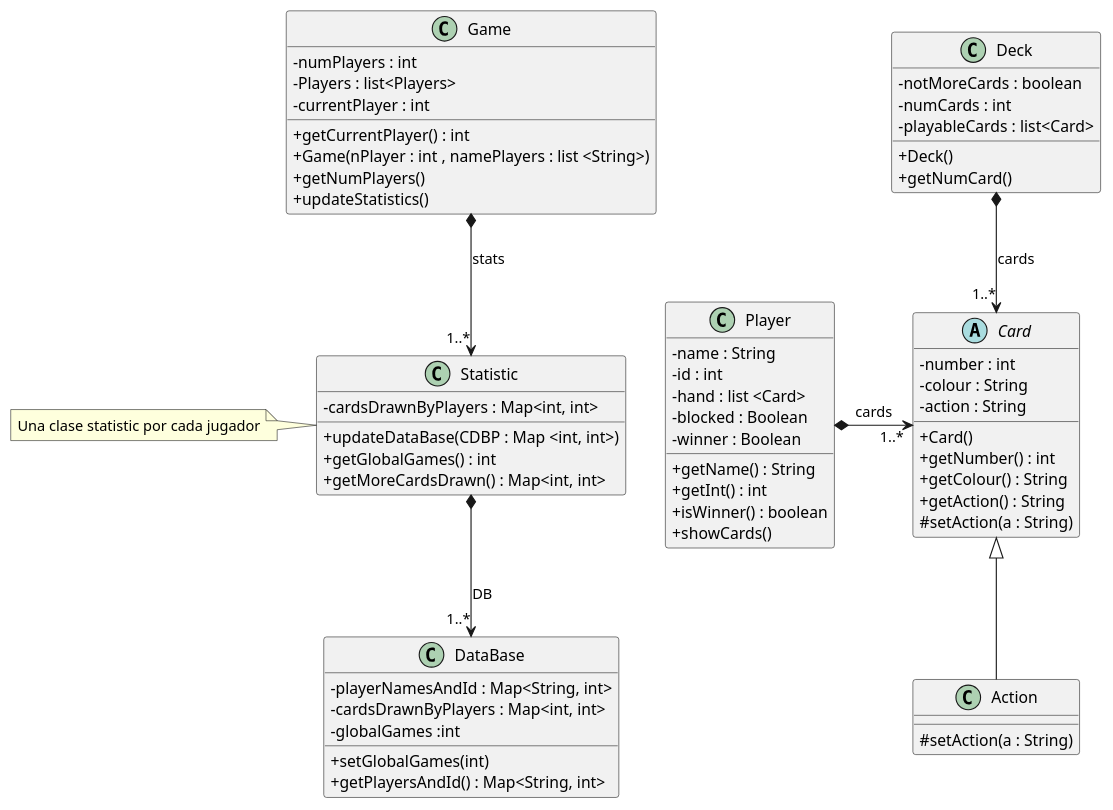
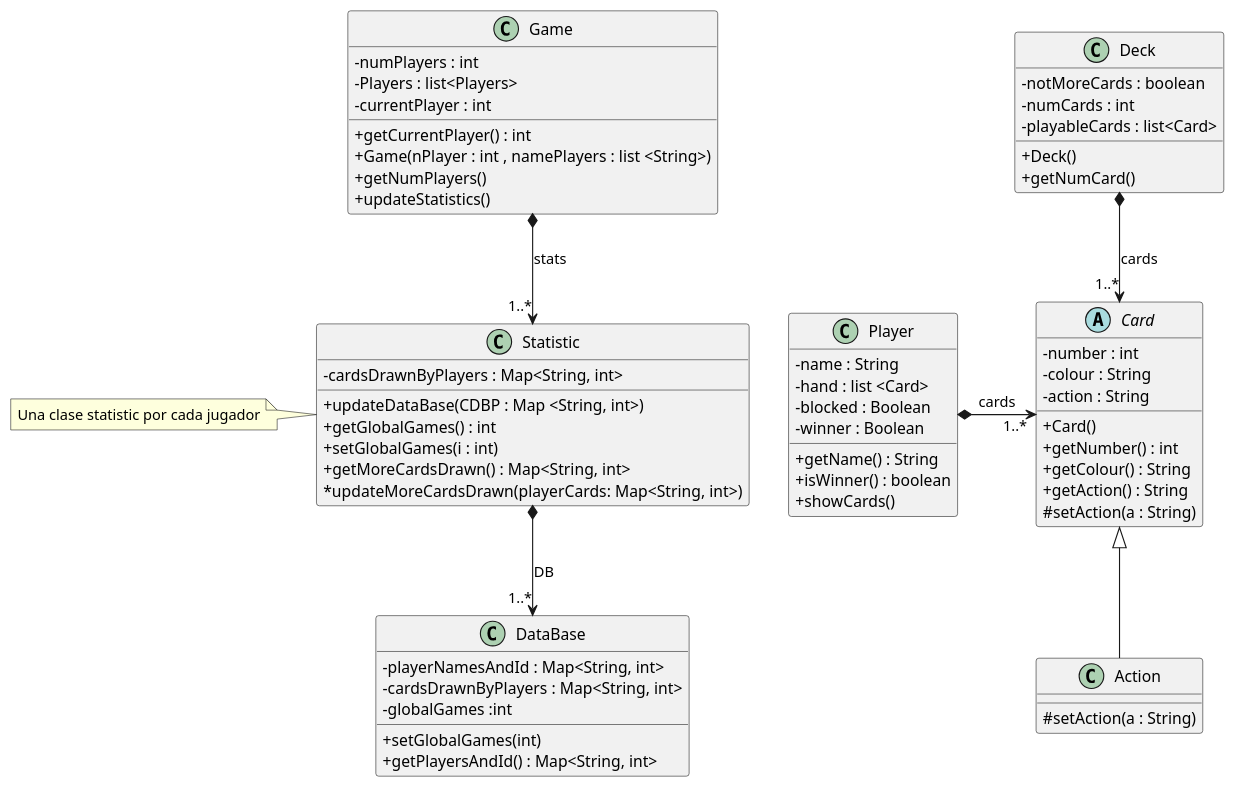
Before and after one commit to TheRospetit/TQSito: the diagram in Diagrams/class.puml, drawn with PlantUML. The commit also changed 15 other files, not shown here.

First line of the commit message:
src files & test files & diagram update

```diff
--- a/Diagrams/class.puml
+++ b/Diagrams/class.puml
@@ -1,79 +1,83 @@
 @startuml
 
 skinparam classAttributeIconSize 0
 
 
 
 class Player {
+'Nombre que solo tendrá una persona, nadie más puede tener el mismo nombre
 - name : String
-- id : int
+'- id : int
 - hand : list <Card>
 - blocked : Boolean
 - winner : Boolean
 
 + getName() : String
-+ getInt() : int
+'+ getInt() : int
 + isWinner() : boolean
 + showCards()
 
 }
 
 Abstract Card{
 - number : int
 - colour : String
 - action : String
 + Card()
 + getNumber() : int
 + getColour() : String
 + getAction() : String
 # setAction(a : String)
 }
 
 class Action extends Card{
 # setAction(a : String)
 }
 
 class Statistic{
-- cardsDrawnByPlayers : Map<int, int> /'Map donde almacenamos las cartas que ha robado cada jugador con el id del jugador y el número de cartas'/
+- cardsDrawnByPlayers : Map<String, int> /'Map donde almacenamos las cartas que ha robado cada jugador con su nombre y el número de cartas'/
 
-+ updateDataBase(CDBP : Map <int, int>) /'Actualiza la base de datos pasando el player y el número de cartas que ha robado'/
++ updateDataBase(CDBP : Map <String, int>) /'Actualiza la base de datos pasando el player y el número de cartas que ha robado'/
 + getGlobalGames() : int
-+ getMoreCardsDrawn() : Map<int, int>
++ setGlobalGames(i : int)
++ getMoreCardsDrawn() : Map<String, int>
+* updateMoreCardsDrawn(playerCards: Map<String, int>)
 }
 
+'Los nombres no se pueden repetir entre ellos, así tenemos un solo ID asignado a un nombre'
 class DataBase{
 - playerNamesAndId : Map<String, int> /'lista de jugadores con sus respectivos id'/
-- cardsDrawnByPlayers : Map<int, int>
+- cardsDrawnByPlayers : Map<String, int>
 - globalGames :int
 
 + setGlobalGames(int)
 + getPlayersAndId() : Map<String, int> /'te devuelve la lista de jugadores con sus respectivos id'/
 }
 
 class Deck{
 -notMoreCards : boolean
 -numCards : int
 -playableCards : list<Card>
 + Deck()
 + getNumCard()
 }
 
 class Game{
 - numPlayers : int
 - Players : list<Players>
 - currentPlayer : int
 
 + getCurrentPlayer() : int
 + Game(nPlayer : int , namePlayers : list <String>)
 + getNumPlayers()
 + updateStatistics()
 }
 
 class Statistic
 note left: Una clase statistic por cada jugador
 
 Deck *-down-> "1..*" Card : cards
 Player *-> "1..*" Card : cards
 Game *-down-> "1..*" Statistic : stats
 Statistic *-down-> "1..*" DataBase : DB
 @enduml
```
